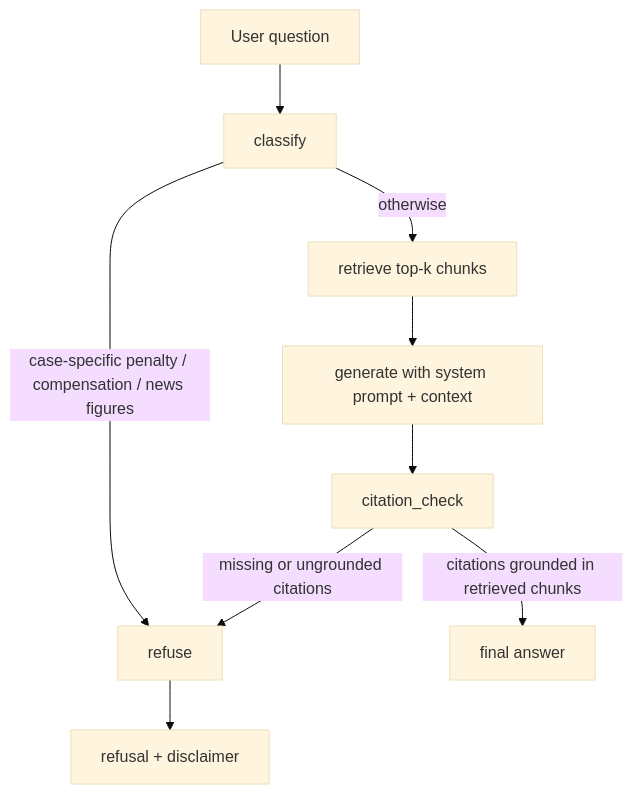
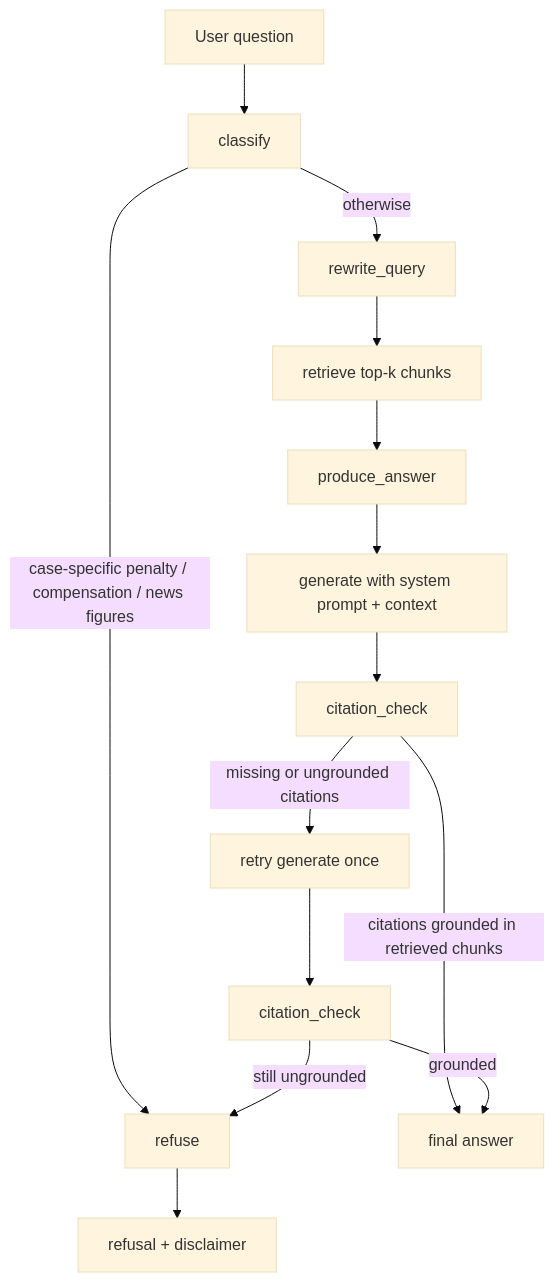
The diagram in README.md (poirotw66/fin-rag), drawn with Mermaid (base theme) before and after one commit. The commit also changed other lines of this file and 12 other files, not shown here.

First line of the commit message:
feat: replace retrieval hints with LLM query rewrite and parallel eval.

````diff
--- a/README.md
+++ b/README.md
@@ -121,11 +124,16 @@
 ```mermaid
 flowchart TD
     Q[User question] --> C[classify]
     C -->|case-specific penalty / compensation / news figures| R[refuse]
-    C -->|otherwise| RET[retrieve top-k chunks]
-    RET --> G[generate with system prompt + context]
+    C -->|otherwise| RQ[rewrite_query]
+    RQ --> RET[retrieve top-k chunks]
+    RET --> PA[produce_answer]
+    PA --> G[generate with system prompt + context]
     G --> CH[citation_check]
     CH -->|citations grounded in retrieved chunks| OUT[final answer]
-    CH -->|missing or ungrounded citations| R
+    CH -->|missing or ungrounded citations| RETRY[retry generate once]
+    RETRY --> CH2[citation_check]
+    CH2 -->|grounded| OUT
+    CH2 -->|still ungrounded| R
     R --> REF[refusal + disclaimer]
 ```
````
